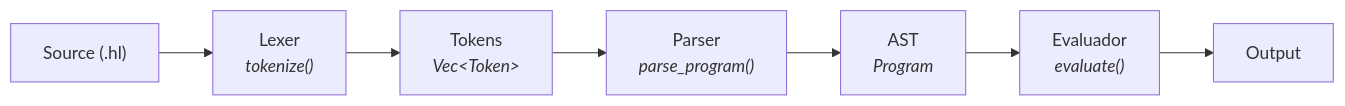
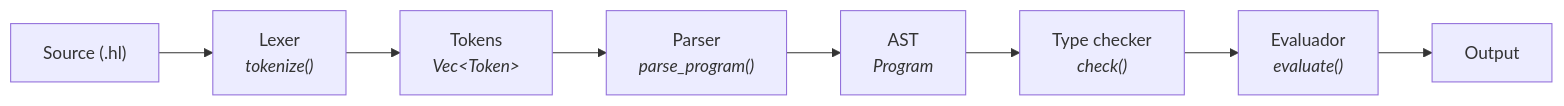
Before and after one commit to aratan/hacklang: the first of 2 diagrams in README.md, drawn with Mermaid. The commit also changed other lines of this file, not shown here.

````diff
--- a/README.md
+++ b/README.md
@@ -7,9 +7,10 @@
 ```mermaid
 flowchart LR
     A["Source (.hl)"] --> B["Lexer<br/><i>tokenize()</i>"]
     B --> C["Tokens<br/><i>Vec&lt;Token&gt;</i>"]
     C --> D["Parser<br/><i>parse_program()</i>"]
     D --> E["AST<br/><i>Program</i>"]
-    E --> F["Evaluador<br/><i>evaluate()</i>"]
+    E --> H["Type checker<br/><i>check()</i>"]
+    H --> F["Evaluador<br/><i>evaluate()</i>"]
     F --> G["Output"]
 ```
````
